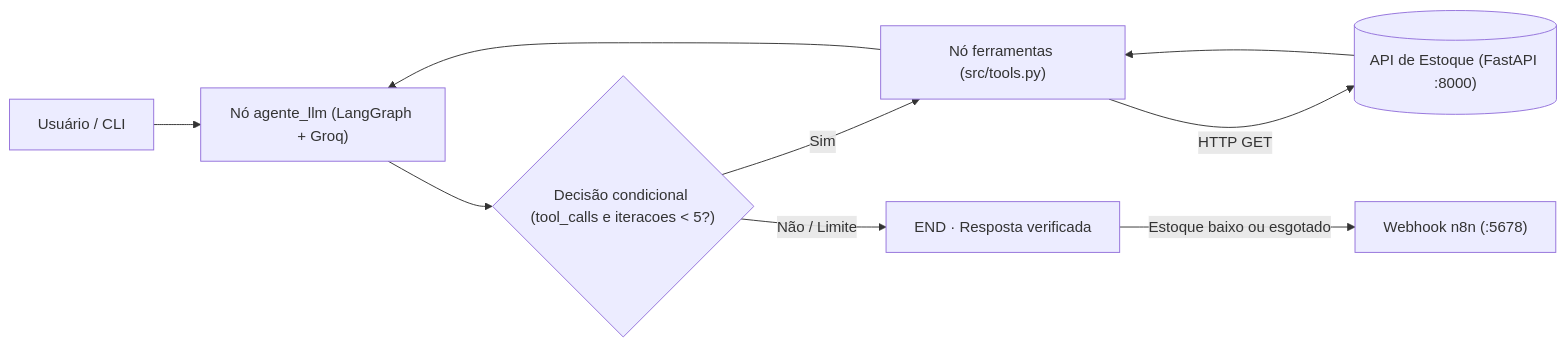
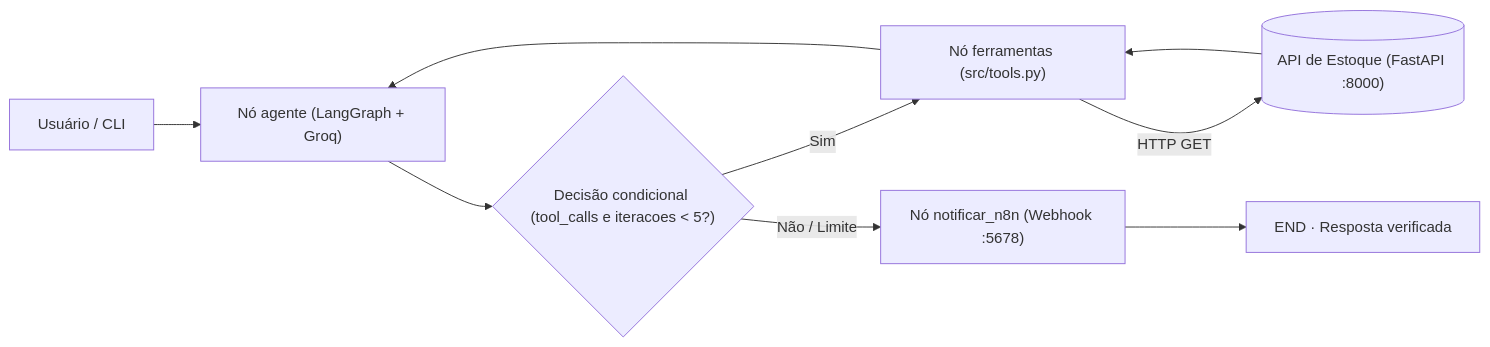
The diagram in README.md (renanrosaf/agente-analise-estoque), drawn with Mermaid before and after one commit. The commit also changed other lines of this file and 6 other files, not shown here.

````diff
--- a/README.md
+++ b/README.md
@@ -29,11 +29,11 @@
 ```mermaid
 flowchart LR
-    U["Usuário / CLI"] --> A["Nó agente_llm (LangGraph + Groq)"]
+    U["Usuário / CLI"] --> A["Nó agente (LangGraph + Groq)"]
     A --> D{"Decisão condicional (tool_calls e iteracoes < 5?)"}
     D -- Sim --> T["Nó ferramentas (src/tools.py)"]
     T -- HTTP GET --> API[("API de Estoque (FastAPI :8000)")]
     API --> T
     T --> A
-    D -- Não / Limite --> R["END · Resposta verificada"]
-    R -- Estoque baixo ou esgotado --> N8N["Webhook n8n (:5678)"]
+    D -- Não / Limite --> N["Nó notificar_n8n (Webhook :5678)"]
+    N --> R["END · Resposta verificada"]
 ```
````
